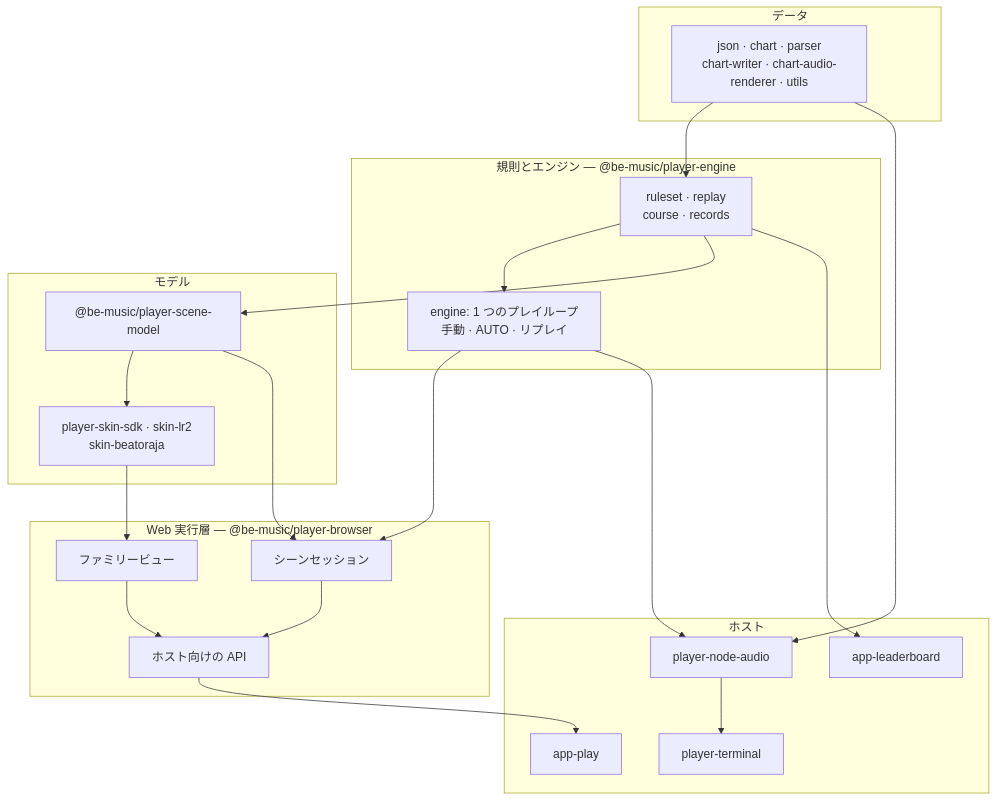
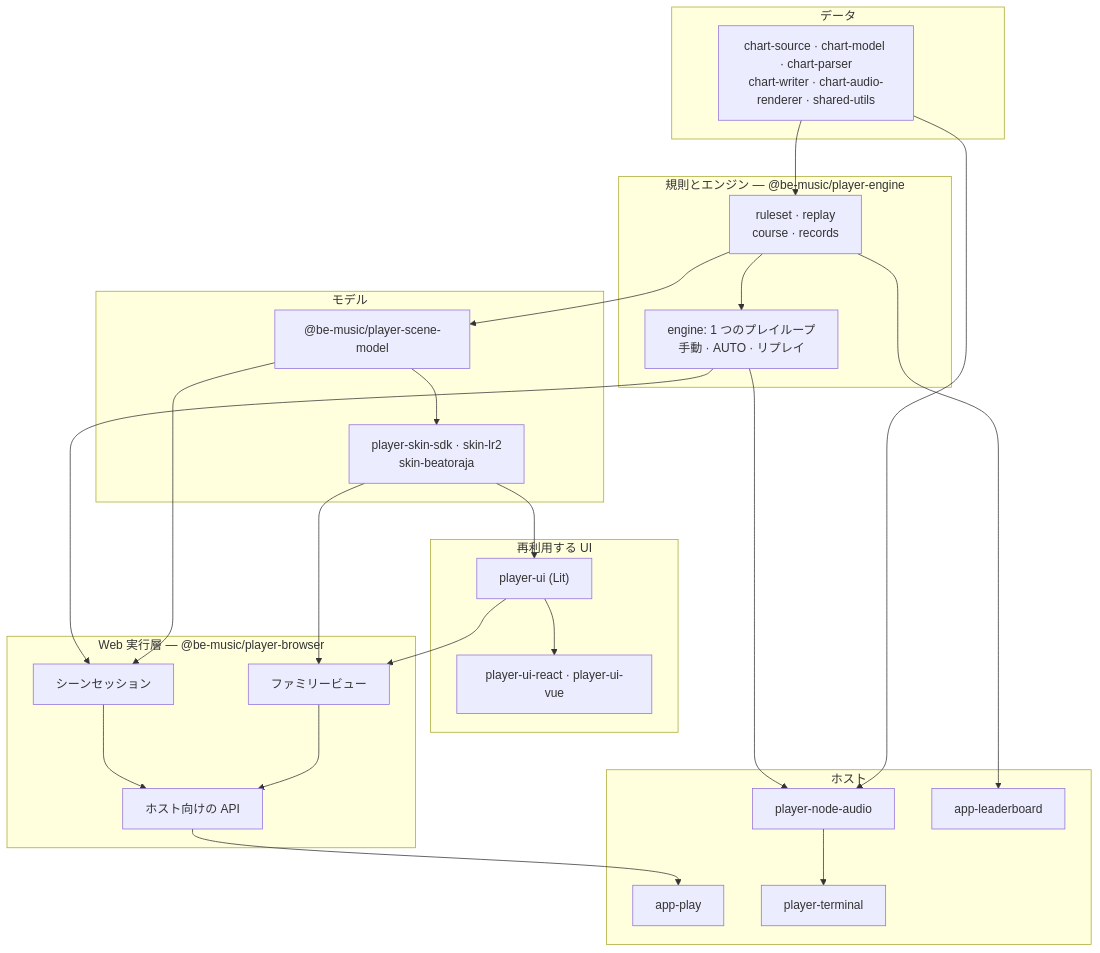
Before and after one commit to nulltask/be-music: the third of 3 diagrams in docs/architecture.ja.md, drawn with Mermaid. The commit also changed other lines of this file and 15 other files, not shown here.

Commit message:
docs: refresh player architecture and integration guides [ci skip]

````diff
--- a/docs/architecture.ja.md
+++ b/docs/architecture.ja.md
@@ -181,37 +181,44 @@
 ```mermaid
 flowchart TD
   subgraph data["データ"]
-    d["json · chart · parser<br/>chart-writer · chart-audio-renderer · utils"]
+    d["chart-source · chart-model · chart-parser<br/>chart-writer · chart-audio-renderer · shared-utils"]
   end
   subgraph domain["規則とエンジン — @be-music/player-engine"]
     rules["ruleset · replay<br/>course · records"]
     engine["engine: 1 つのプレイループ<br/>手動 · AUTO · リプレイ"]
   end
   subgraph models["モデル"]
     scene["@be-music/player-scene-model"]
     skins["player-skin-sdk · skin-lr2<br/>skin-beatoraja"]
   end
+  subgraph presentation["再利用する UI"]
+    ui["player-ui (Lit)"]
+    wrappers["player-ui-react · player-ui-vue"]
+  end
+
   subgraph web["Web 実行層 — @be-music/player-browser"]
     sessions["シーンセッション"]
     views["ファミリービュー"]
     hostApi["ホスト向けの API"]
   end
   subgraph hosts["ホスト"]
     demo["app-play"]
     tui["player-terminal"]
     nodeaudio["player-node-audio"]
     lb["app-leaderboard"]
   end
 
   d --> rules --> engine
   rules --> scene --> skins
   engine --> sessions
   scene --> sessions
   skins --> views
+  skins --> ui --> views
+  ui --> wrappers
   sessions --> hostApi
   views --> hostApi
   hostApi --> demo
   engine --> nodeaudio --> tui
   d --> nodeaudio
   rules --> lb
 ```
````
